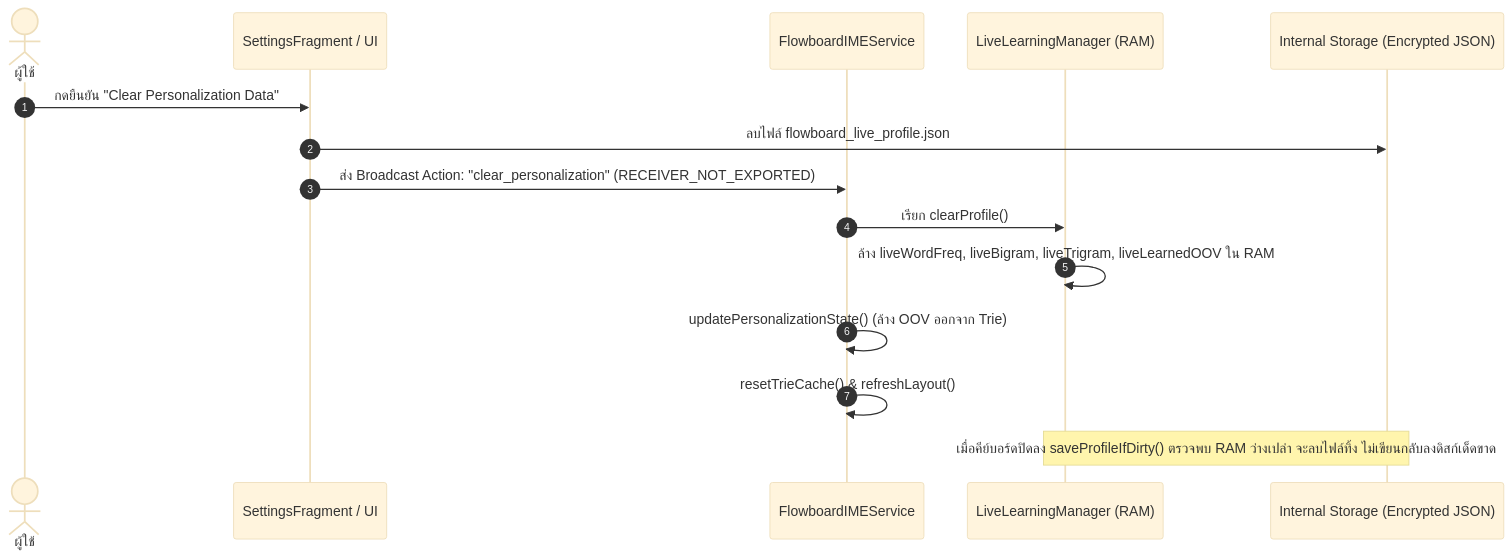
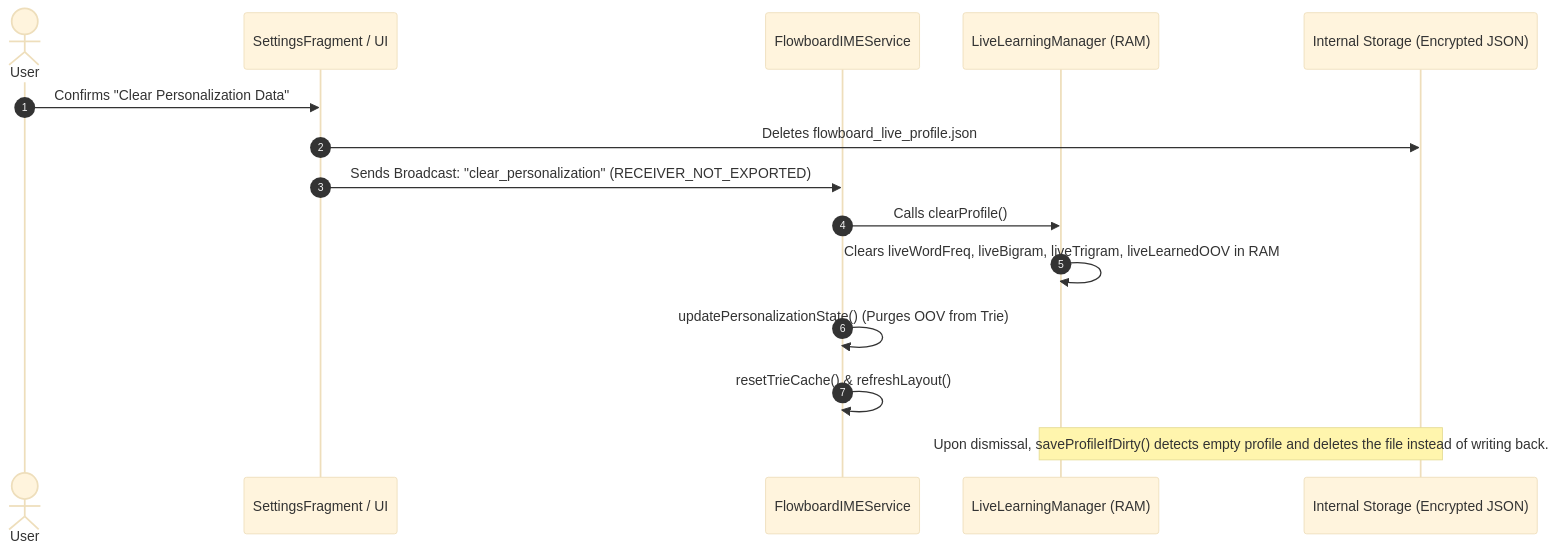
The second of 2 diagrams in ARCHITECTURE.md (LaZZy-Bear/flowboard), drawn with Mermaid (base theme) before and after one commit. The commit also changed other lines of this file and 35 other files, not shown here.

Commit message:
feat: release Flowboard Android v1.0.0 open-source suite

````diff
--- a/ARCHITECTURE.md
+++ b/ARCHITECTURE.md
@@ -275,18 +223,18 @@
 ```mermaid
 sequenceDiagram
     autonumber
-    actor User as ผู้ใช้
+    actor User as User
     participant Settings as SettingsFragment / UI
     participant IME as FlowboardIMEService
     participant LLM as LiveLearningManager (RAM)
     participant Disk as Internal Storage (Encrypted JSON)
 
-    User->>Settings: กดยืนยัน "Clear Personalization Data"
-    Settings->>Disk: ลบไฟล์ flowboard_live_profile.json
-    Settings->>IME: ส่ง Broadcast Action: "clear_personalization" (RECEIVER_NOT_EXPORTED)
-    IME->>LLM: เรียก clearProfile()
-    LLM->>LLM: ล้าง liveWordFreq, liveBigram, liveTrigram, liveLearnedOOV ใน RAM
-    IME->>IME: updatePersonalizationState() (ล้าง OOV ออกจาก Trie)
+    User->>Settings: Confirms "Clear Personalization Data"
+    Settings->>Disk: Deletes flowboard_live_profile.json
+    Settings->>IME: Sends Broadcast: "clear_personalization" (RECEIVER_NOT_EXPORTED)
+    IME->>LLM: Calls clearProfile()
+    LLM->>LLM: Clears liveWordFreq, liveBigram, liveTrigram, liveLearnedOOV in RAM
+    IME->>IME: updatePersonalizationState() (Purges OOV from Trie)
     IME->>IME: resetTrieCache() & refreshLayout()
-    Note over LLM,Disk: เมื่อคีย์บอร์ดปิดลง saveProfileIfDirty() ตรวจพบ RAM ว่างเปล่า จะลบไฟล์ทิ้ง ไม่เขียนกลับลงดิสก์เด็ดขาด
+    Note over LLM,Disk: Upon dismissal, saveProfileIfDirty() detects empty profile and deletes the file instead of writing back.
 ```
````
